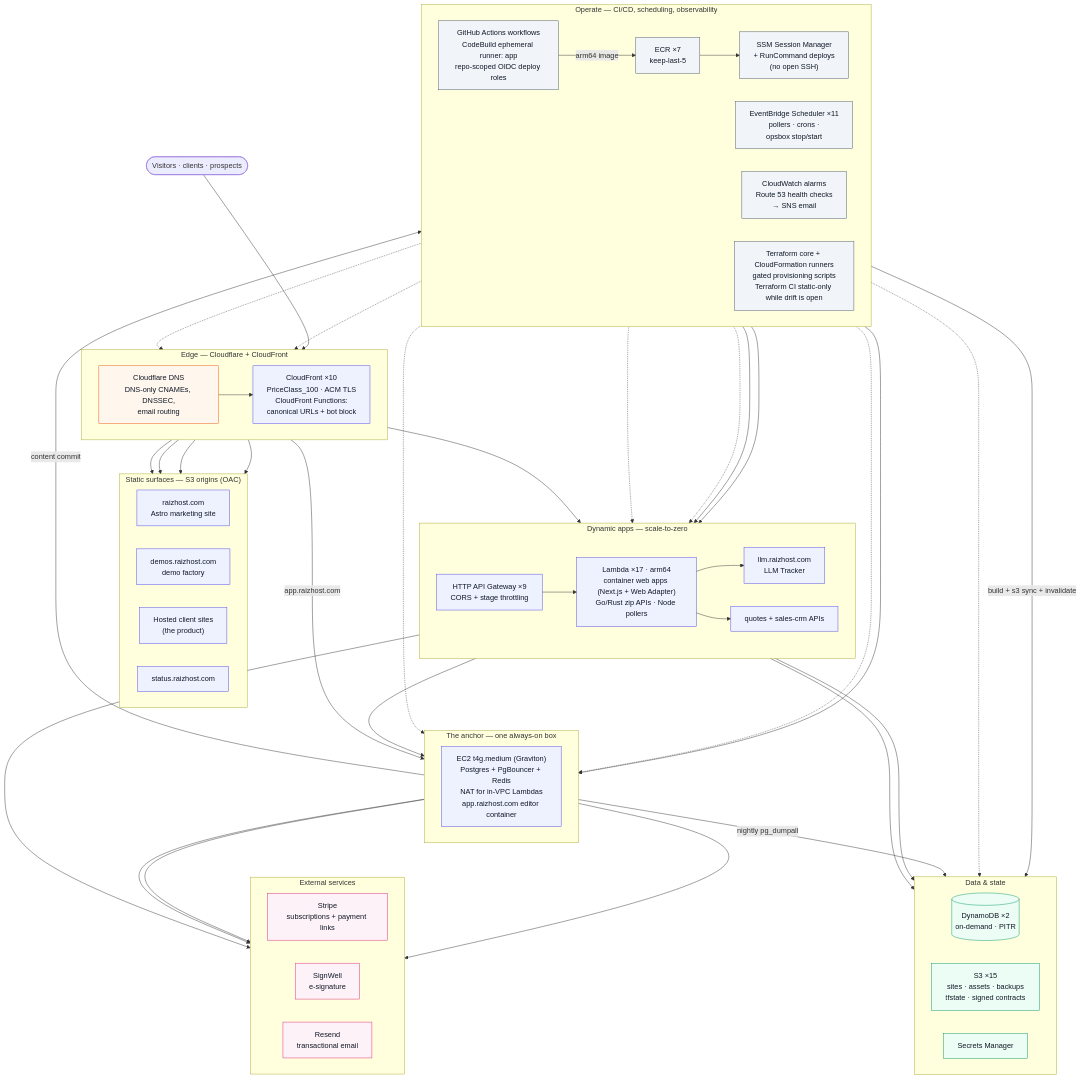
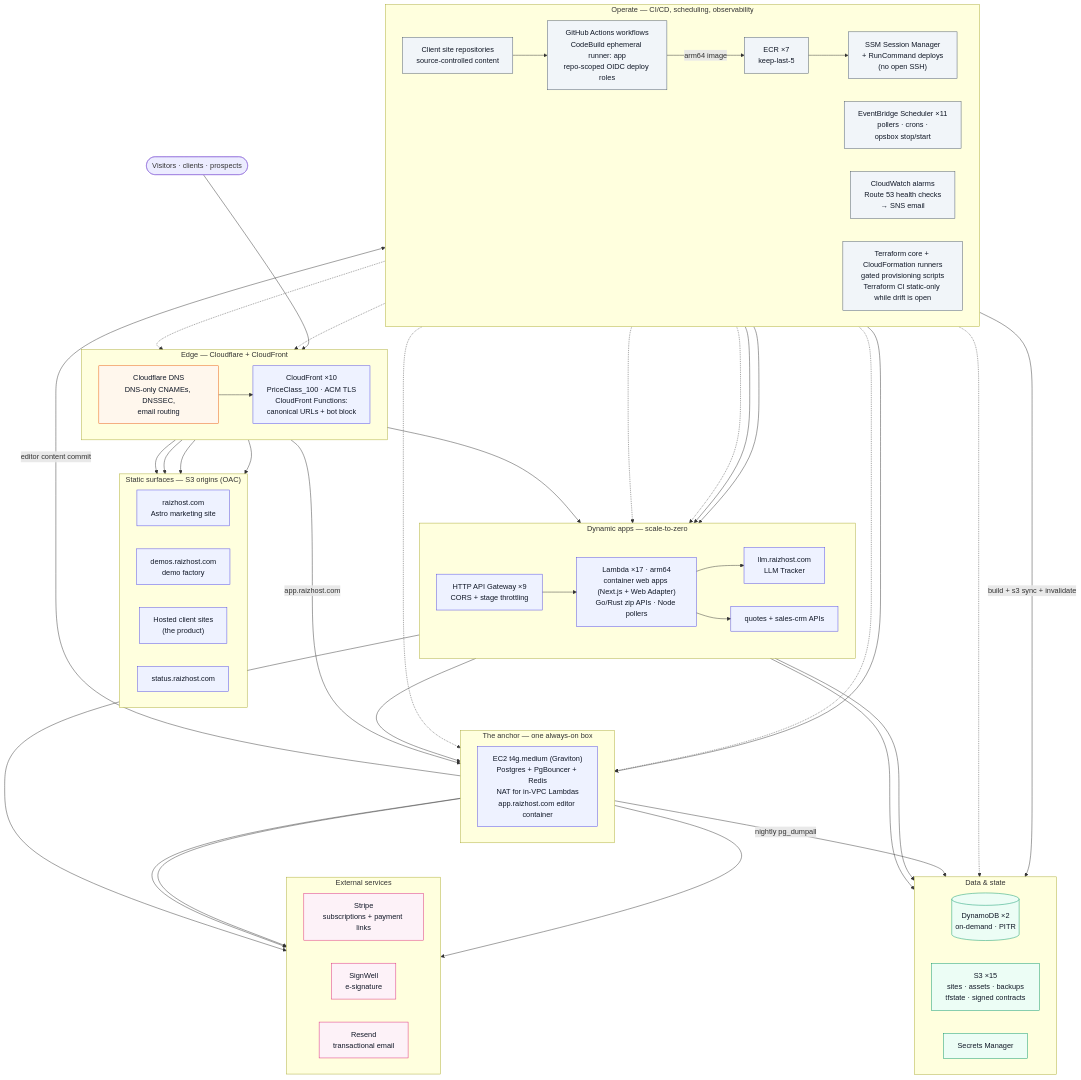
Before and after one commit to JadenRazo/raizhost-architecture: the diagram in diagrams/architecture.mmd, drawn with Mermaid. The commit also changed 3 other files, not shown here.

First line of the commit message:
Fix architecture diagram label and connector collisions (#3)

```diff
--- a/diagrams/architecture.mmd
+++ b/diagrams/architecture.mmd
@@ -1,78 +1,79 @@
 flowchart TB
   classDef edge fill:#fff7ed,stroke:#ea580c,color:#111827
   classDef aws fill:#eef2ff,stroke:#4f46e5,color:#111827
   classDef data fill:#ecfdf5,stroke:#059669,color:#111827
   classDef saas fill:#fdf2f8,stroke:#db2777,color:#111827
   classDef ops fill:#f1f5f9,stroke:#475569,color:#111827
 
   visitors(["Visitors · clients · prospects"])
 
   subgraph EDGE["Edge — Cloudflare + CloudFront"]
     direction LR
     cfdns["Cloudflare DNS<br/>DNS-only CNAMEs, DNSSEC,<br/>email routing"]:::edge
     cf["CloudFront ×10<br/>PriceClass_100 · ACM TLS<br/>CloudFront Functions:<br/>canonical URLs + bot block"]:::aws
   end
 
   subgraph STATIC["Static surfaces — S3 origins (OAC)"]
     direction LR
     mkt["raizhost.com<br/>Astro marketing site"]:::aws
     demos["demos.raizhost.com<br/>demo factory"]:::aws
     sites["Hosted client sites<br/>(the product)"]:::aws
     status["status.raizhost.com"]:::aws
   end
 
   subgraph APPS["Dynamic apps — scale-to-zero"]
     direction LR
     apigw["HTTP API Gateway ×9<br/>CORS + stage throttling"]:::aws
     lambdas["Lambda ×17 · arm64<br/>container web apps (Next.js + Web Adapter)<br/>Go/Rust zip APIs · Node pollers"]:::aws
     llm["llm.raizhost.com<br/>LLM Tracker"]:::aws
     quotes["quotes + sales-crm APIs"]:::aws
   end
 
   subgraph ANCHOR["The anchor — one always-on box"]
     direction LR
     ec2["EC2 t4g.medium (Graviton)<br/>Postgres + PgBouncer + Redis<br/>NAT for in-VPC Lambdas<br/>app.raizhost.com editor container"]:::aws
   end
 
   subgraph DATA["Data & state"]
     direction LR
     ddb[("DynamoDB ×2<br/>on-demand · PITR")]:::data
     s3["S3 ×15<br/>sites · assets · backups<br/>tfstate · signed contracts"]:::data
     secrets["Secrets Manager"]:::data
   end
 
   subgraph OPS["Operate — CI/CD, scheduling, observability"]
     direction LR
+    siteRepo["Client site repositories<br/>source-controlled content"]:::ops
     gha["GitHub Actions workflows<br/>CodeBuild ephemeral runner: app<br/>repo-scoped OIDC deploy roles"]:::ops
     ecr["ECR ×7<br/>keep-last-5"]:::ops
     ssm["SSM Session Manager<br/>+ RunCommand deploys<br/>(no open SSH)"]:::ops
     sched["EventBridge Scheduler ×11<br/>pollers · crons ·<br/>opsbox stop/start"]:::ops
     cw["CloudWatch alarms<br/>Route 53 health checks<br/>→ SNS email"]:::ops
     tf["Terraform core + CloudFormation runners<br/>gated provisioning scripts<br/>Terraform CI static-only while drift is open"]:::ops
   end
 
   subgraph SAAS["External services"]
     direction LR
     stripe["Stripe<br/>subscriptions + payment links"]:::saas
     signwell["SignWell<br/>e-signature"]:::saas
     resend["Resend<br/>transactional email"]:::saas
   end
 
   visitors --> cfdns --> cf
   cf --> mkt & demos & sites & status
   cf --> apigw --> lambdas
   lambdas --> llm & quotes
   cf -->|"app.raizhost.com"| ec2
   lambdas --> ec2
   lambdas --> ddb
   lambdas --> secrets
   ec2 -->|"nightly pg_dumpall"| s3
-  ec2 -->|"content commit"| gha
+  ec2 -->|"editor content commit"| siteRepo --> gha
   sched --> lambdas
   gha -->|"build + s3 sync + invalidate"| s3
   gha -->|"arm64 image"| ecr --> ssm --> ec2
   ecr --> lambdas
   cw -.-> cf & lambdas & ec2
   tf -.-> cf & apigw & ec2 & s3
   ec2 --> stripe & signwell & resend
   quotes --> resend
```
